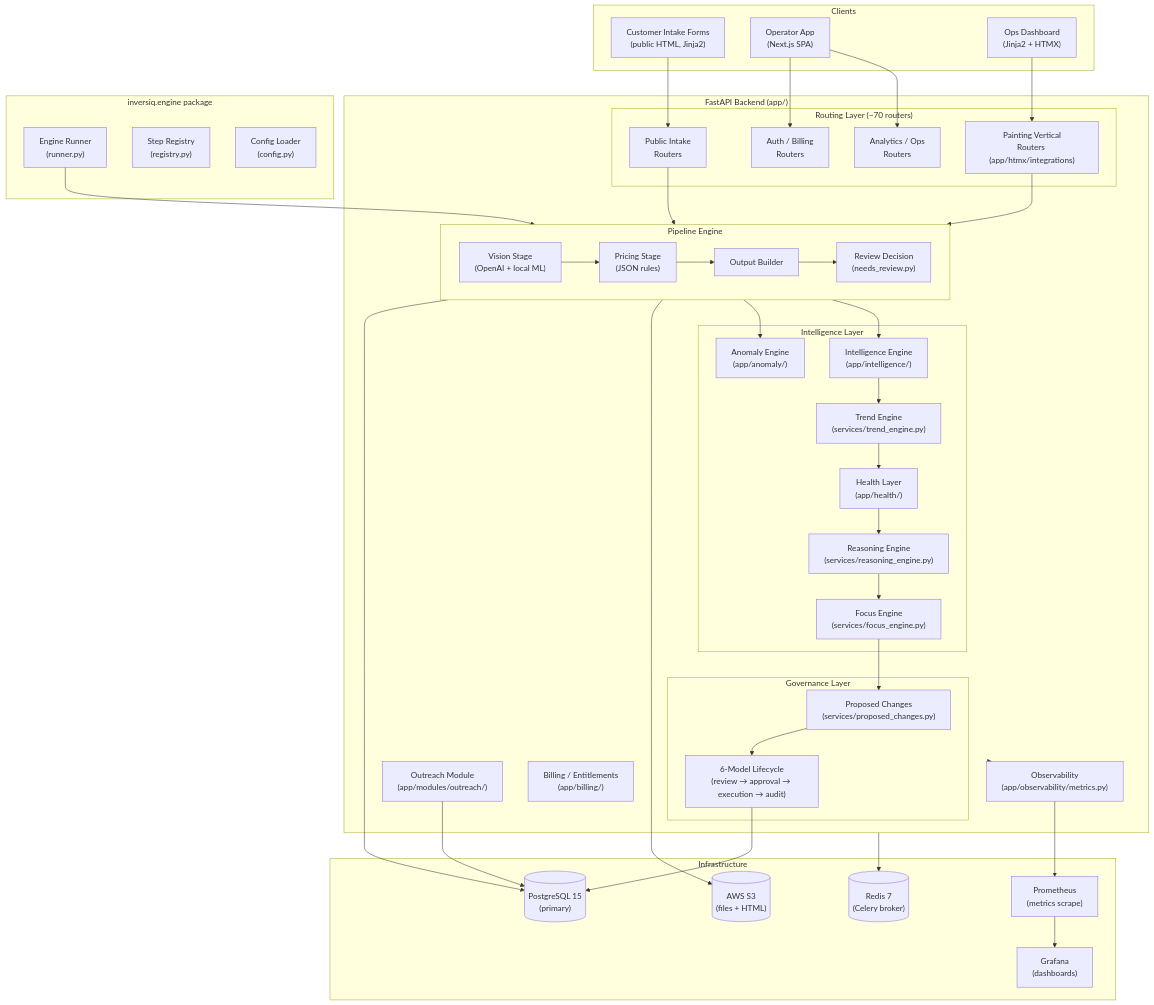
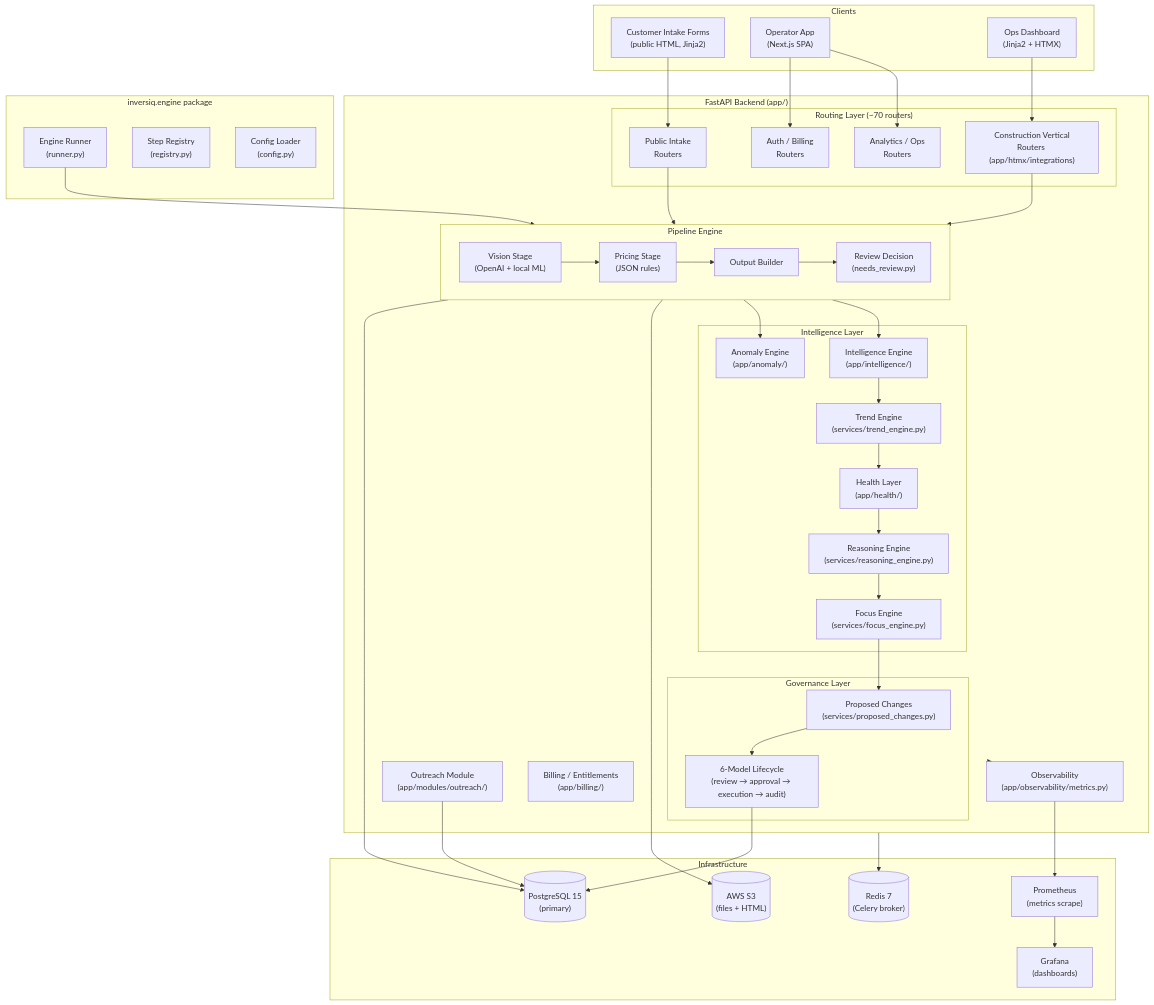
Before and after one commit to Daniel-Inversiq/Inversiq: the diagram in docs/engineering-handbook-v2.md, drawn with Mermaid. The commit also changed other lines of this file and 15 other files, not shown here.

````diff
--- a/docs/engineering-handbook-v2.md
+++ b/docs/engineering-handbook-v2.md
@@ -78,78 +78,78 @@
 ```mermaid
 graph TB
     subgraph CLIENTS["Clients"]
         CF["Customer Intake Forms\n(public HTML, Jinja2)"]
         OA["Operator App\n(Next.js SPA)"]
         OD["Ops Dashboard\n(Jinja2 + HTMX)"]
     end
 
     subgraph BACKEND["FastAPI Backend (app/)"]
         subgraph ROUTING["Routing Layer (~70 routers)"]
             PUB["Public Intake\nRouters"]
             AUTH["Auth / Billing\nRouters"]
             OPS["Analytics / Ops\nRouters"]
-            PAINT["Painting Vertical\nRouters (app/htmx/integrations)"]
+            PAINT["Construction Vertical\nRouters (app/htmx/integrations)"]
         end
 
         subgraph PIPELINE["Pipeline Engine"]
             VIS["Vision Stage\n(OpenAI + local ML)"]
             PRICE["Pricing Stage\n(JSON rules)"]
             OUT["Output Builder"]
             REV["Review Decision\n(needs_review.py)"]
         end
 
         subgraph INTELLIGENCE["Intelligence Layer"]
             ANOM["Anomaly Engine\n(app/anomaly/)"]
             INTEL["Intelligence Engine\n(app/intelligence/)"]
             TREND["Trend Engine\n(services/trend_engine.py)"]
             HEALTH["Health Layer\n(app/health/)"]
             REASON["Reasoning Engine\n(services/reasoning_engine.py)"]
             FOCUS["Focus Engine\n(services/focus_engine.py)"]
         end
 
         subgraph GOVERNANCE["Governance Layer"]
             PROP["Proposed Changes\n(services/proposed_changes.py)"]
             GOV["6-Model Lifecycle\n(review → approval → execution → audit)"]
         end
 
         OUTREACH["Outreach Module\n(app/modules/outreach/)"]
         BILLING["Billing / Entitlements\n(app/billing/)"]
         OBS["Observability\n(app/observability/metrics.py)"]
     end
 
     subgraph INFRA["Infrastructure"]
         PG[("PostgreSQL 15\n(primary)")]
         REDIS[("Redis 7\n(Celery broker)")]
         S3[("AWS S3\n(files + HTML)")]
         PROM["Prometheus\n(metrics scrape)"]
         GRAF["Grafana\n(dashboards)"]
     end
 
     subgraph ENGINE["inversiq.engine package"]
         ENG["Engine Runner\n(runner.py)"]
         EREG["Step Registry\n(registry.py)"]
         ECFG["Config Loader\n(config.py)"]
     end
 
     CF --> PUB
     OA --> AUTH
     OA --> OPS
     OD --> PAINT
 
     PUB --> PIPELINE
     PAINT --> PIPELINE
 
     VIS --> PRICE --> OUT --> REV
     PIPELINE --> PG
     PIPELINE --> S3
     PIPELINE --> ANOM
     PIPELINE --> INTEL
     INTEL --> TREND --> HEALTH --> REASON --> FOCUS --> PROP --> GOV
 
     BACKEND --> REDIS
     BACKEND --> OBS --> PROM --> GRAF
     GOV --> PG
     OUTREACH --> PG
 
     ENG --> PIPELINE
 ```
````
